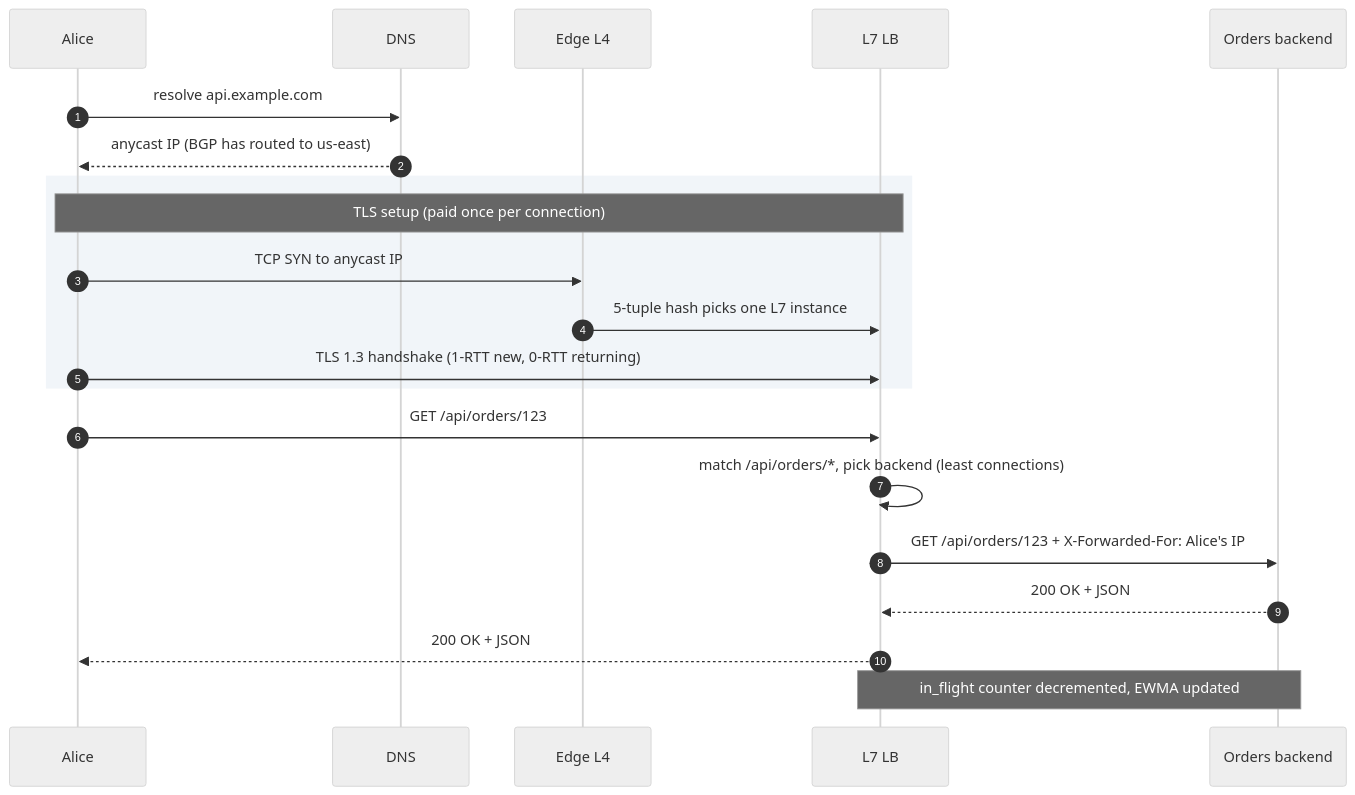
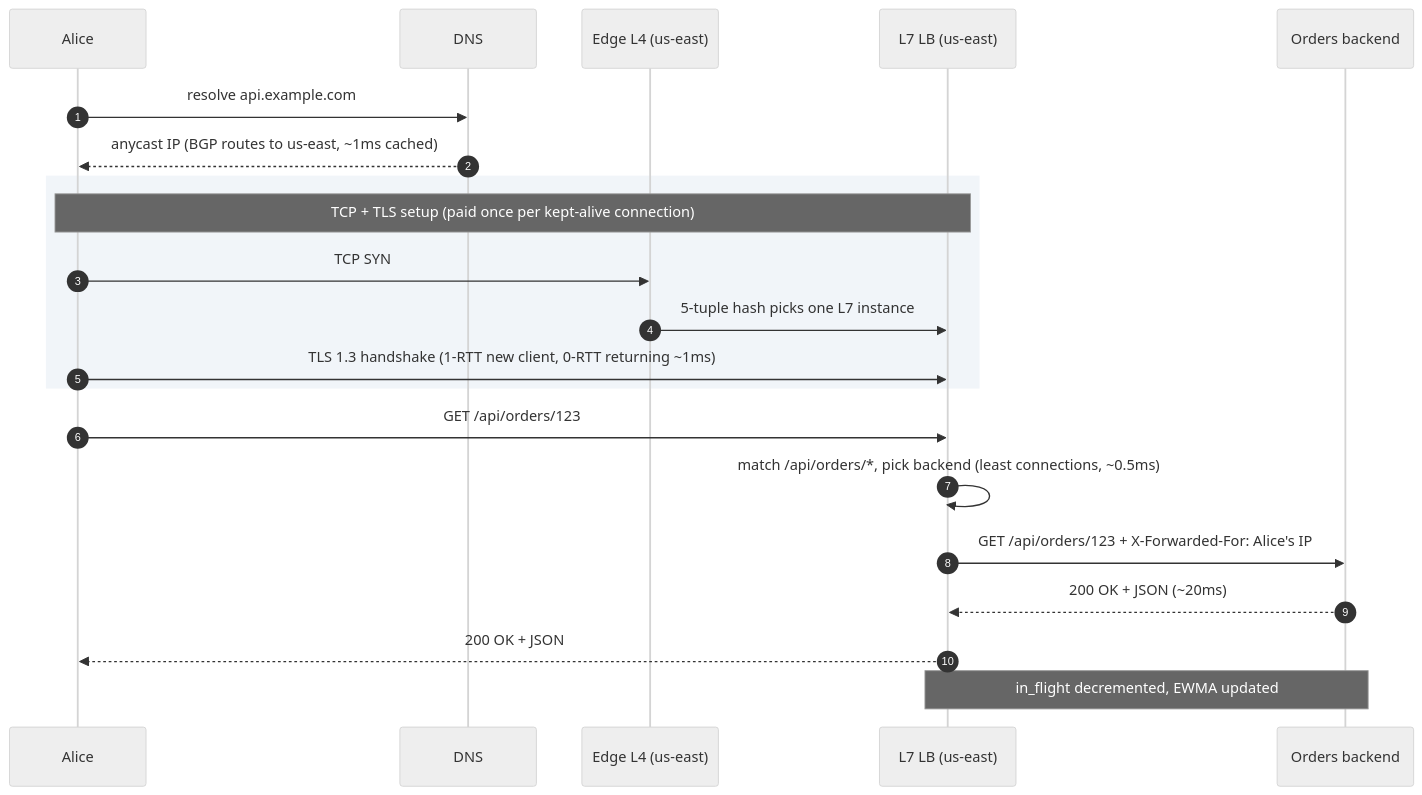
Before and after one commit to shiningflash/system-design: the fourth of 5 diagrams in problems/016-load-balancer/solution.md, drawn with Mermaid (neutral theme). The commit also changed other lines of this file and 37 other files, not shown here.

````diff
--- a/problems/016-load-balancer/solution.md
+++ b/problems/016-load-balancer/solution.md
@@ -279,26 +276,26 @@
 ```mermaid
 sequenceDiagram
     autonumber
     participant Alice
     participant DNS
-    participant EdgeL4 as Edge L4
-    participant L7 as L7 LB
+    participant EdgeL4 as Edge L4 (us-east)
+    participant L7 as L7 LB (us-east)
     participant Orders as Orders backend
 
     Alice->>DNS: resolve api.example.com
-    DNS-->>Alice: anycast IP (BGP has routed to us-east)
+    DNS-->>Alice: anycast IP (BGP routes to us-east, ~1ms cached)
 
     rect rgb(241, 245, 249)
-        Note over Alice,L7: TLS setup (paid once per connection)
-        Alice->>EdgeL4: TCP SYN to anycast IP
+        Note over Alice,L7: TCP + TLS setup (paid once per kept-alive connection)
+        Alice->>EdgeL4: TCP SYN
         EdgeL4->>L7: 5-tuple hash picks one L7 instance
-        Alice->>L7: TLS 1.3 handshake (1-RTT new, 0-RTT returning)
+        Alice->>L7: TLS 1.3 handshake (1-RTT new client, 0-RTT returning ~1ms)
     end
 
     Alice->>L7: GET /api/orders/123
-    L7->>L7: match /api/orders/*, pick backend (least connections)
+    L7->>L7: match /api/orders/*, pick backend (least connections, ~0.5ms)
     L7->>Orders: GET /api/orders/123 + X-Forwarded-For: Alice's IP
-    Orders-->>L7: 200 OK + JSON
+    Orders-->>L7: 200 OK + JSON (~20ms)
     L7-->>Alice: 200 OK + JSON
-    Note over L7,Orders: in_flight counter decremented, EWMA updated
+    Note over L7,Orders: in_flight decremented, EWMA updated
 ```
````
